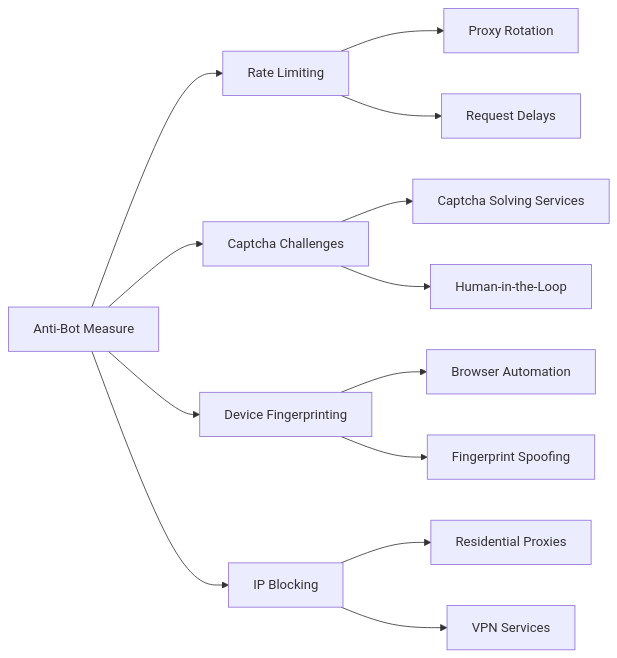
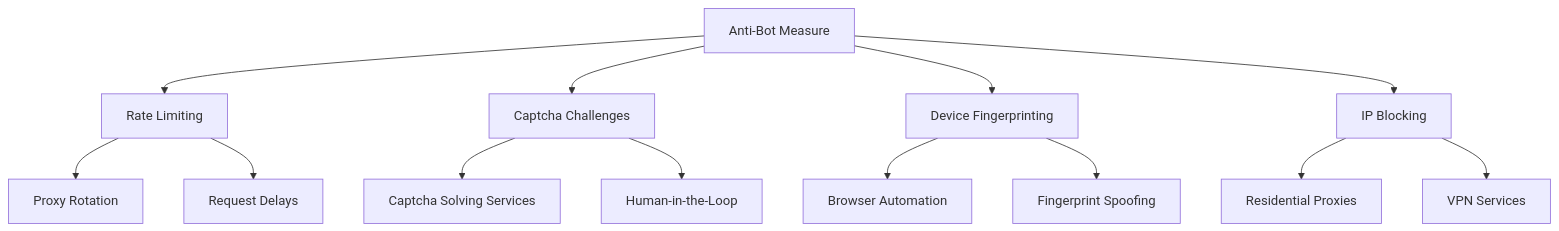
The second of 3 diagrams in _posts/2025-05-17-web-scraping-myths-separating-fact-fiction.md (bytetunnels/bytetunnels.github.com), drawn with Mermaid before and after one commit. The commit also changed other lines of this file and 553 other files, not shown here.

````diff
--- a/_posts/2025-05-17-web-scraping-myths-separating-fact-fiction.md
+++ b/_posts/2025-05-17-web-scraping-myths-separating-fact-fiction.md
@@ -98,16 +101,16 @@
 ```mermaid
-graph LR
+graph TD
     A[Anti-Bot Measure] --> B[Rate Limiting]
     A --> C[Captcha Challenges]
     A --> D[Device Fingerprinting]
     A --> E[IP Blocking]
-    
+
     B --> B1[Proxy Rotation]
     B --> B2[Request Delays]
     C --> C1[Captcha Solving Services]
     C --> C2[Human-in-the-Loop]
     D --> D1[Browser Automation]
     D --> D2[Fingerprint Spoofing]
     E --> E1[Residential Proxies]
     E --> E2[VPN Services]
 ```
````
